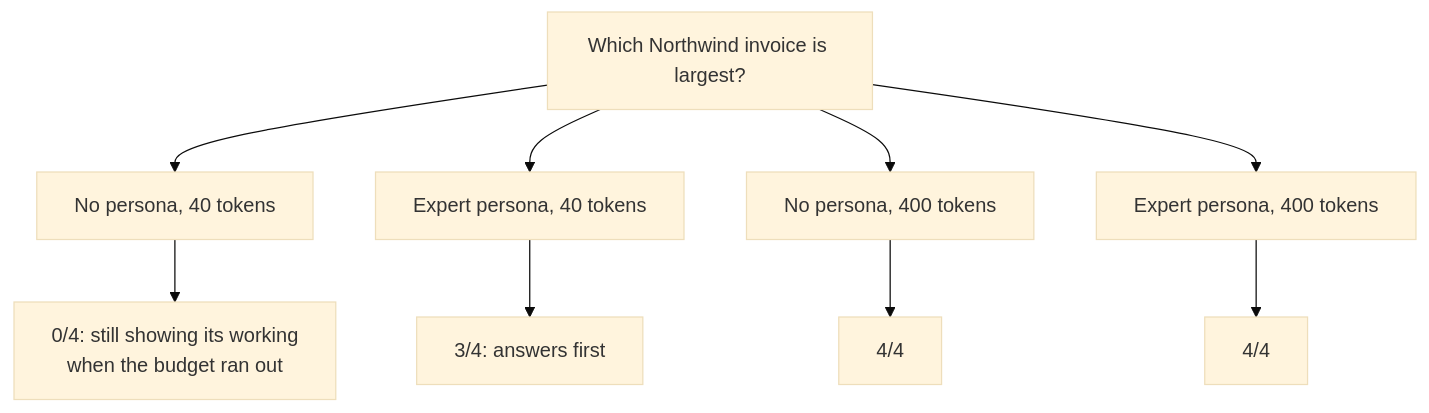
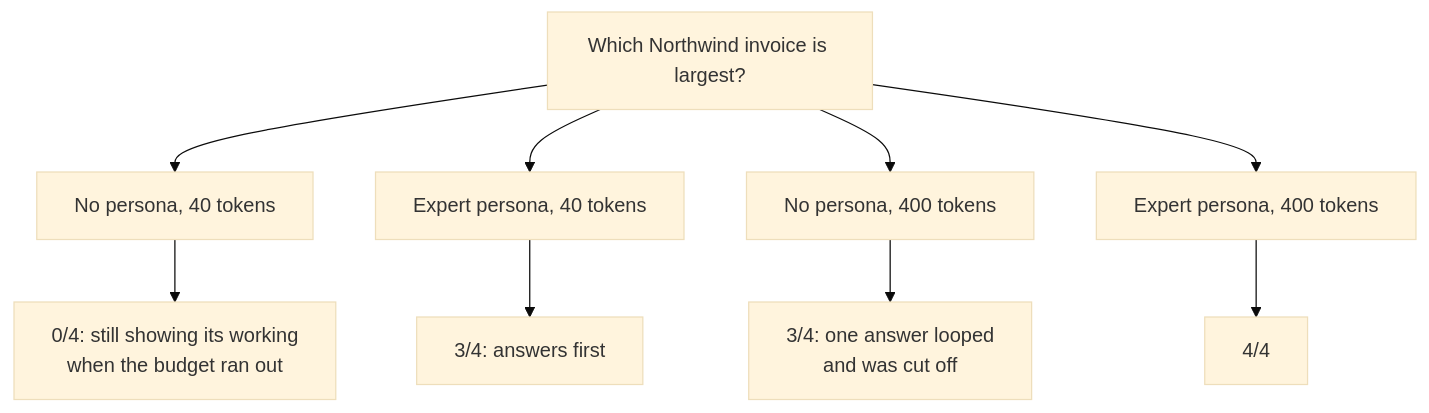
One commit to AkellaRaviTeja/prompt-engineering-lab changed the second of 2 diagrams in lessons/11-personas/README.md. Above: the diagram before and after it, drawn with Mermaid (base theme). The commit also changed other lines of this file and 3 other files, not shown here.

````diff
--- a/lessons/11-personas/README.md
+++ b/lessons/11-personas/README.md
@@ -54,11 +54,11 @@
 ```mermaid
 flowchart TB
     Q[Which Northwind invoice is largest?] --> N40[No persona, 40 tokens]
     Q --> E40[Expert persona, 40 tokens]
     Q --> N400[No persona, 400 tokens]
     Q --> E400[Expert persona, 400 tokens]
     N40 --> R1[0/4: still showing its working<br/>when the budget ran out]
     E40 --> R2[3/4: answers first]
-    N400 --> R3[4/4]
+    N400 --> R3[3/4: one answer looped<br/>and was cut off]
     E400 --> R4[4/4]
 ```
````
